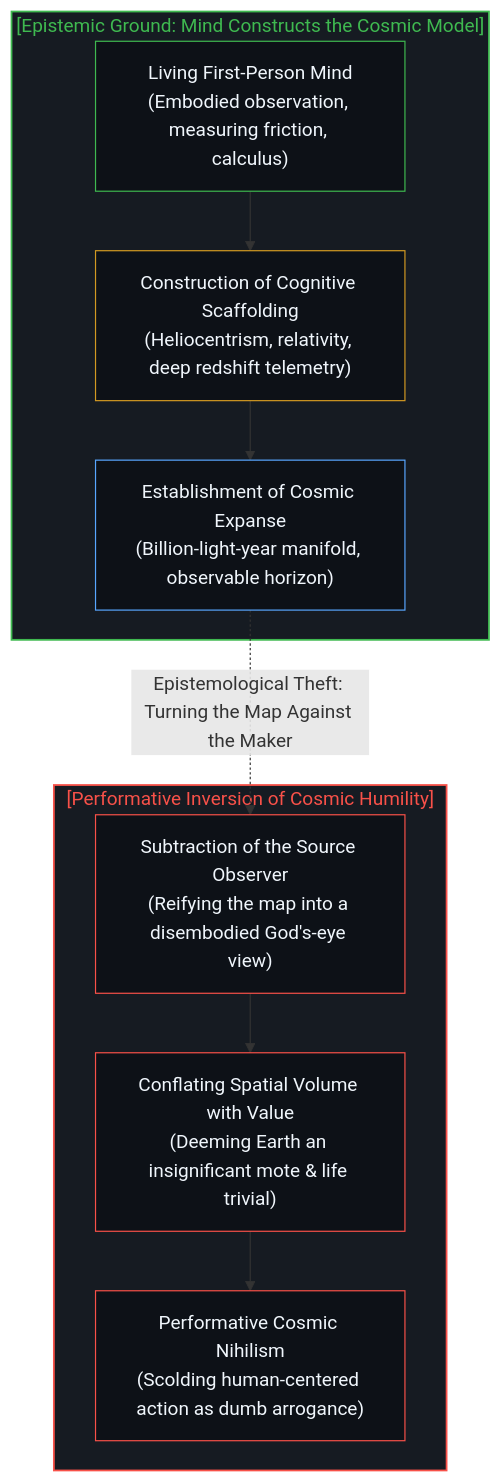
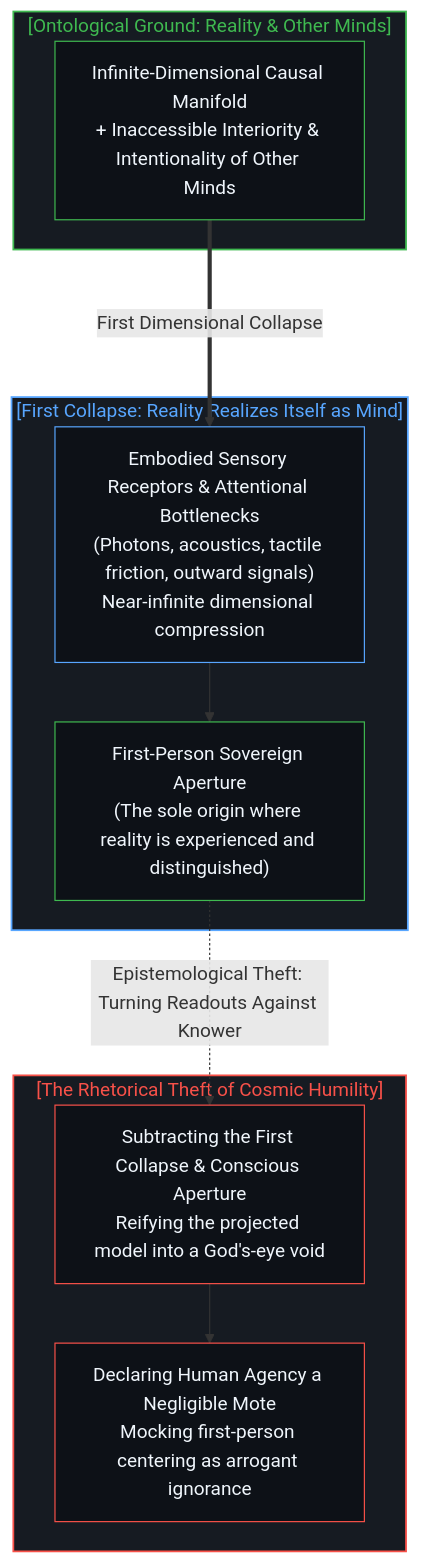
One commit to powerpig99/not-a-toe changed the second of 8 diagrams in content/posts/one-cannot-escape-ones-own-mind.md. Above: the diagram before and after it, drawn with Mermaid. The commit also changed other lines of this file and 2 other files, not shown here.

Commit message:
Enhance Post #332: Integrate two-fold dimensional collapse and historical modeling inversion

````diff
--- a/content/posts/one-cannot-escape-ones-own-mind.md
+++ b/content/posts/one-cannot-escape-ones-own-mind.md
@@ -41,23 +48,30 @@
 ```mermaid
 flowchart TD
-    subgraph S_EpistemicOrigin_EN ["[Epistemic Ground: Mind Constructs the Cosmic Model]"]
-        ME1["Living First-Person Mind<br/>(Embodied observation, measuring friction, calculus)"] --> ME2["Construction of Cognitive Scaffolding<br/>(Heliocentrism, relativity, deep redshift telemetry)"]
-        ME2 --> ME3["Establishment of Cosmic Expanse<br/>(Billion-light-year manifold, observable horizon)"]
+    subgraph S_RealityOrigin_EN ["[Ontological Ground: Reality & Other Minds]"]
+        RE1["Infinite-Dimensional Causal Manifold<br/>+ Inaccessible Interiority & Intentionality of Other Minds"]
     end
 
-    subgraph S_NihilisticTrap_EN ["[Performative Inversion of Cosmic Humility]"]
-        NE1["Subtraction of the Source Observer<br/>(Reifying the map into a disembodied God's-eye view)"] --> NE2["Conflating Spatial Volume with Value<br/>(Deeming Earth an insignificant mote & life trivial)"]
-        NE2 --> NE3["Performative Cosmic Nihilism<br/>(Scolding human-centered action as dumb arrogance)"]
+    subgraph S_FirstCollapse_EN ["[First Collapse: Reality Realizes Itself as Mind]"]
+        CE1["Embodied Sensory Receptors & Attentional Bottlenecks<br/>(Photons, acoustics, tactile friction, outward signals)<br/>Near-infinite dimensional compression"]
+        ME1["First-Person Sovereign Aperture<br/>(The sole origin where reality is experienced and distinguished)"]
+        CE1 --> ME1
     end
 
-    ME3 -.->|"Epistemological Theft: Turning the Map Against the Maker"| NE1
+    subgraph S_TheftInversion_EN ["[The Rhetorical Theft of Cosmic Humility]"]
+        TE1["Subtracting the First Collapse & Conscious Aperture<br/>Reifying the projected model into a God's-eye void"]
+        TE2["Declaring Human Agency a Negligible Mote<br/>Mocking first-person centering as arrogant ignorance"]
+        TE1 --> TE2
+    end
 
-    style S_EpistemicOrigin_EN fill:#161b22,stroke:#3fb950,stroke-width:1.5px,color:#3fb950
-    style S_NihilisticTrap_EN fill:#161b22,stroke:#f85149,stroke-width:1.5px,color:#f85149
+    RE1 ===>|"First Dimensional Collapse"| CE1
+    ME1 -.->|"Epistemological Theft: Turning Readouts Against Knower"| TE1
+
+    style S_RealityOrigin_EN fill:#161b22,stroke:#3fb950,stroke-width:1.5px,color:#3fb950
+    style S_FirstCollapse_EN fill:#161b22,stroke:#58a6ff,stroke-width:1.5px,color:#58a6ff
+    style S_TheftInversion_EN fill:#161b22,stroke:#f85149,stroke-width:1.5px,color:#f85149
+    style RE1 fill:#0d1117,stroke:#3fb950,stroke-width:1px,color:#f0f6fc
+    style CE1 fill:#0d1117,stroke:#58a6ff,stroke-width:1px,color:#f0f6fc
     style ME1 fill:#0d1117,stroke:#3fb950,stroke-width:1px,color:#f0f6fc
-    style ME2 fill:#0d1117,stroke:#d29922,stroke-width:1px,color:#f0f6fc
-    style ME3 fill:#0d1117,stroke:#58a6ff,stroke-width:1px,color:#f0f6fc
-    style NE1 fill:#0d1117,stroke:#f85149,stroke-width:1px,color:#f0f6fc
-    style NE2 fill:#0d1117,stroke:#f85149,stroke-width:1px,color:#f0f6fc
-    style NE3 fill:#0d1117,stroke:#f85149,stroke-width:1px,color:#f0f6fc
+    style TE1 fill:#0d1117,stroke:#f85149,stroke-width:1px,color:#f0f6fc
+    style TE2 fill:#0d1117,stroke:#f85149,stroke-width:1px,color:#f0f6fc
 ```
````
